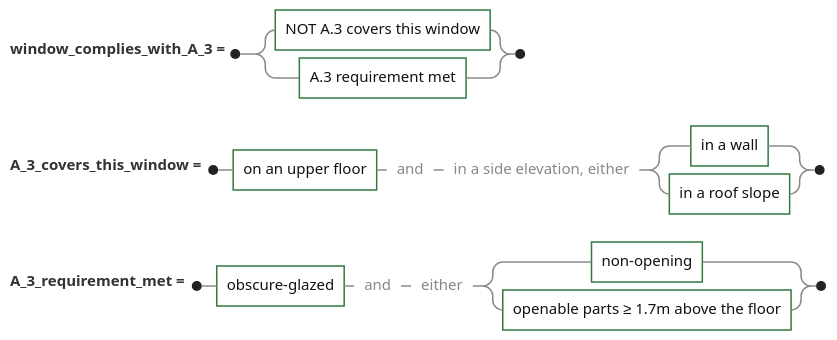
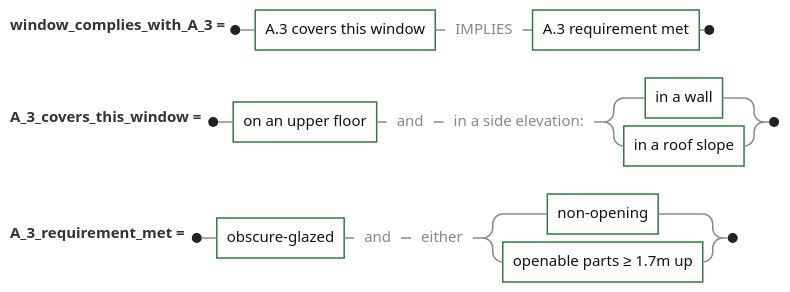
One commit to legalese/l4-ide changed the fourth of 4 diagrams in doc/concepts/language-design/logic-not-flowcharts.md. Above: the diagram before and after it, drawn with Mermaid. The commit also changed other lines of this file and 21 other files, not shown here.

````diff
--- a/doc/concepts/language-design/logic-not-flowcharts.md
+++ b/doc/concepts/language-design/logic-not-flowcharts.md
@@ -394,20 +410,20 @@
 ```mermaid
 ---
 config:
   railroad:
     nonTerminalFill: "#ffffff"
     nonTerminalStroke: "#2f7a3f"
     nonTerminalTextColor: "#111111"
     terminalFill: "transparent"
     terminalStroke: "transparent"
     terminalTextColor: "#888888"
     lineColor: "#8a8a8a"
     markerFill: "#222222"
     strokeWidth: 1.5
     fontSize: 15
 ---
 railroad-beta
-window_complies_with_A_3 = choice(nonterminal("NOT A.3 covers this window"), nonterminal("A.3 requirement met"));
-A_3_covers_this_window = sequence(nonterminal("on an upper floor"), terminal("and"), sequence(terminal("in a side elevation, either"), choice(nonterminal("in a wall"), nonterminal("in a roof slope"))));
-A_3_requirement_met = sequence(nonterminal("obscure-glazed"), terminal("and"), sequence(terminal("either"), choice(nonterminal("non-opening"), nonterminal("openable parts ≥ 1.7m above the floor"))));
+window_complies_with_A_3 = sequence(nonterminal("A.3 covers this window"), terminal("IMPLIES"), nonterminal("A.3 requirement met"));
+A_3_covers_this_window = sequence(nonterminal("on an upper floor"), terminal("and"), sequence(terminal("in a side elevation:"), choice(nonterminal("in a wall"), nonterminal("in a roof slope"))));
+A_3_requirement_met = sequence(nonterminal("obscure-glazed"), terminal("and"), sequence(terminal("either"), choice(nonterminal("non-opening"), nonterminal("openable parts ≥ 1.7m up"))));
 ```
````
